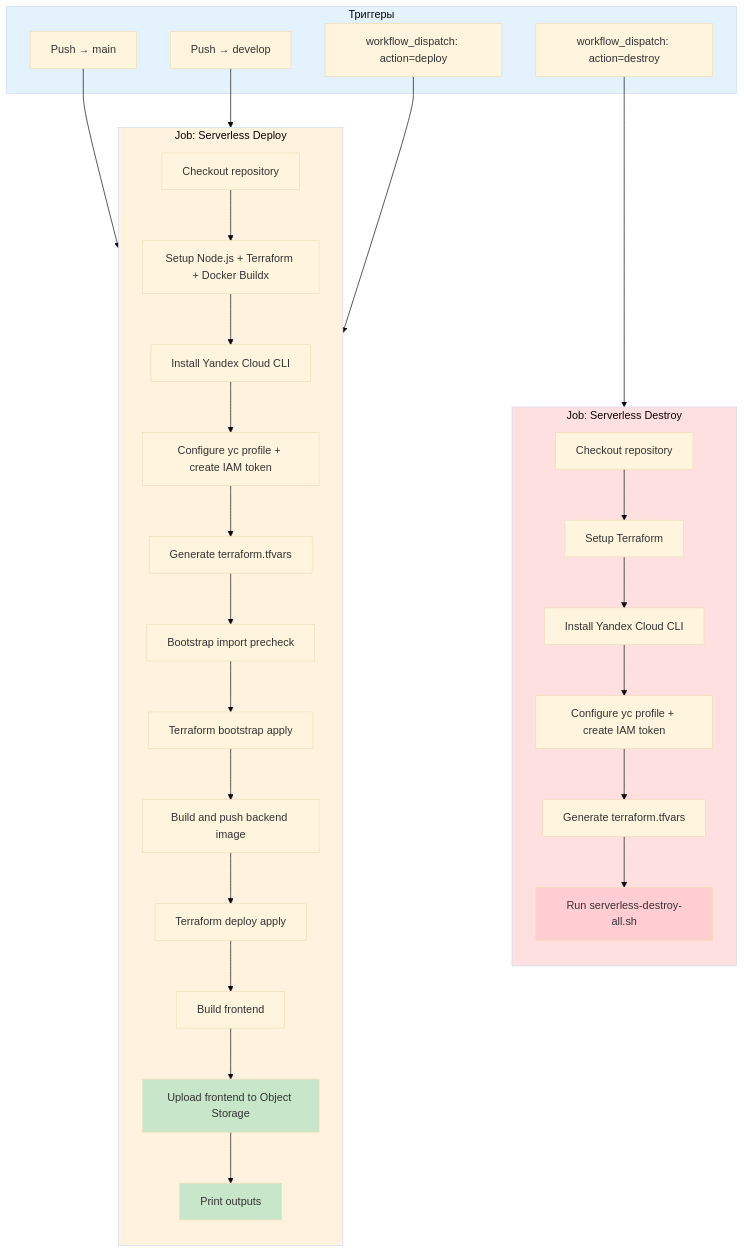
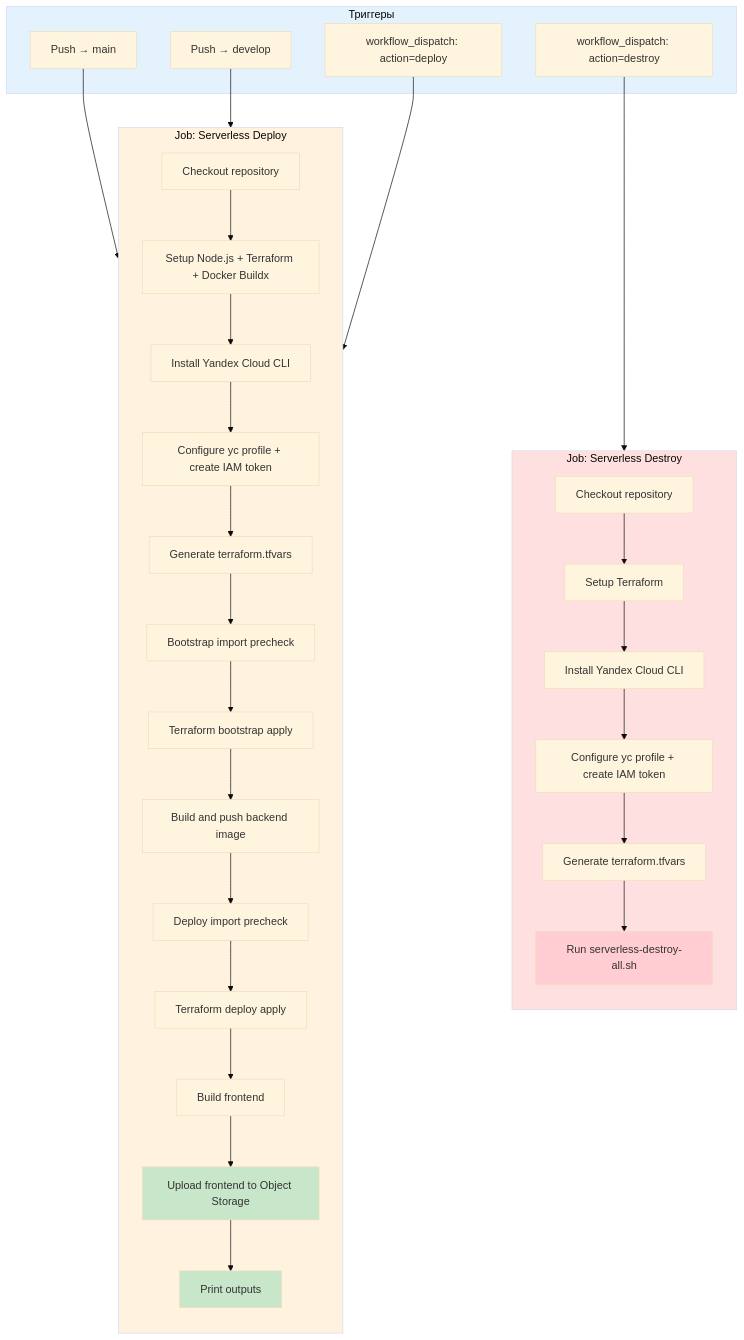
One commit to UZver24/DevOpsPortfolio changed the diagram in .github/workflows/ci.yml.mermaid. Above: the diagram before and after it, drawn with Mermaid (base theme). The commit also changed 4 other files, not shown here.

```diff
--- a/.github/workflows/ci.yml.mermaid
+++ b/.github/workflows/ci.yml.mermaid
@@ -1,50 +1,51 @@
 flowchart TB
 
     subgraph Triggers["Триггеры"]
         PushMain[Push → main]
         PushDevelop[Push → develop]
         ManualDeploy[workflow_dispatch: action=deploy]
         ManualDestroy[workflow_dispatch: action=destroy]
     end
 
     subgraph DeployJob["Job: Serverless Deploy"]
         direction TB
         S1[Checkout repository]
         S2[Setup Node.js + Terraform + Docker Buildx]
         S3[Install Yandex Cloud CLI]
         S4[Configure yc profile + create IAM token]
         S5[Generate terraform.tfvars]
         S6[Bootstrap import precheck]
         S7[Terraform bootstrap apply]
         S8[Build and push backend image]
-        S9[Terraform deploy apply]
-        S10[Build frontend]
-        S11[Upload frontend to Object Storage]
-        S12[Print outputs]
+        S9[Deploy import precheck]
+        S10[Terraform deploy apply]
+        S11[Build frontend]
+        S12[Upload frontend to Object Storage]
+        S13[Print outputs]
 
-        S1 --> S2 --> S3 --> S4 --> S5 --> S6 --> S7 --> S8 --> S9 --> S10 --> S11 --> S12
+        S1 --> S2 --> S3 --> S4 --> S5 --> S6 --> S7 --> S8 --> S9 --> S10 --> S11 --> S12 --> S13
     end
 
     subgraph DestroyJob["Job: Serverless Destroy"]
         direction TB
         D1[Checkout repository]
         D2[Setup Terraform]
         D3[Install Yandex Cloud CLI]
         D4[Configure yc profile + create IAM token]
         D5[Generate terraform.tfvars]
         D6[Run serverless-destroy-all.sh]
 
         D1 --> D2 --> D3 --> D4 --> D5 --> D6
     end
 
     PushMain --> DeployJob
     PushDevelop --> DeployJob
     ManualDeploy --> DeployJob
     ManualDestroy --> DestroyJob
 
     style Triggers fill:#e3f2fd
     style DeployJob fill:#fff3e0
     style DestroyJob fill:#ffe0e0
-    style S11 fill:#c8e6c9
     style S12 fill:#c8e6c9
+    style S13 fill:#c8e6c9
     style D6 fill:#ffcdd2
```
